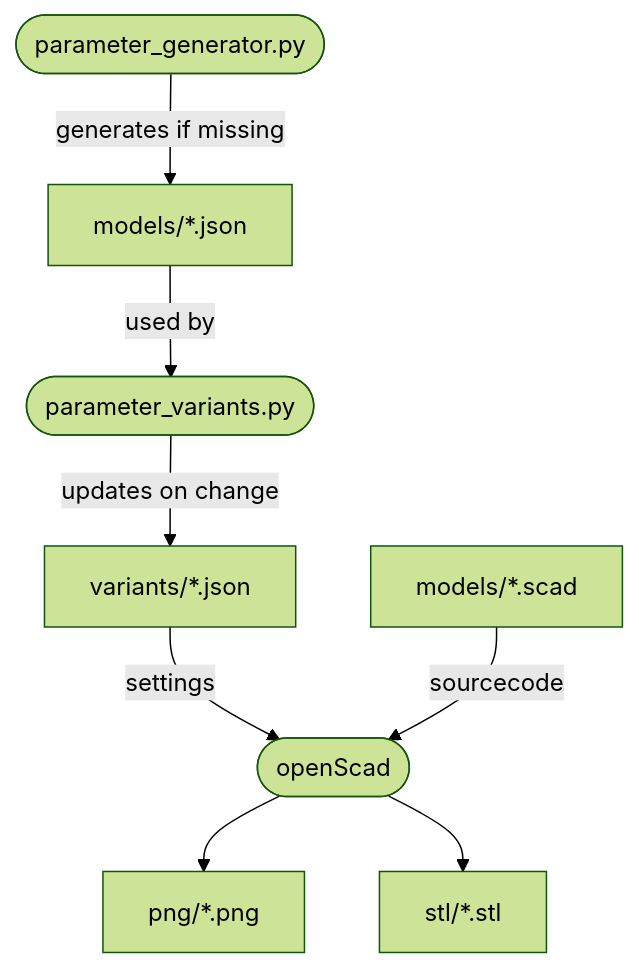
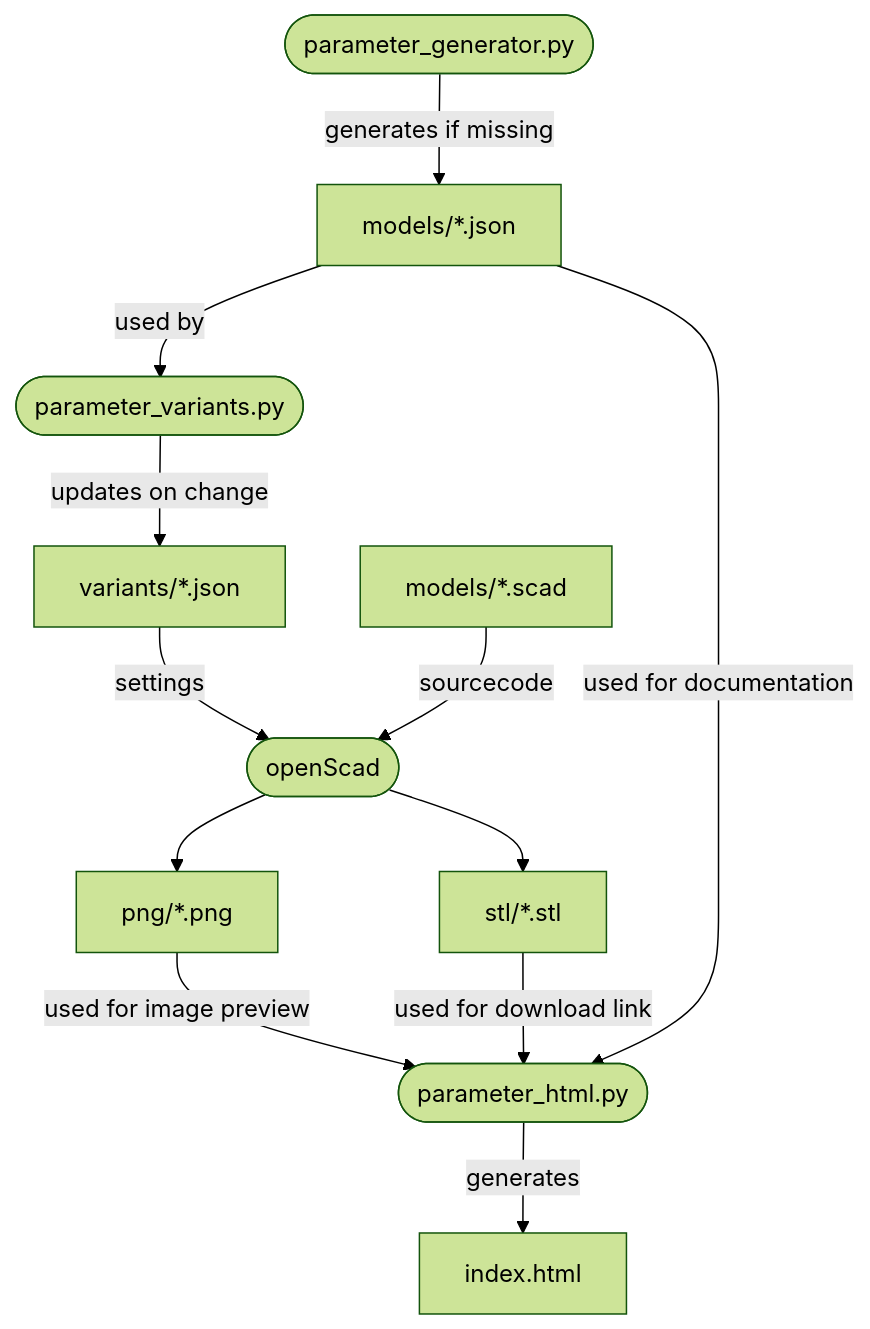
The diagram in README.md (mofosyne/openscad-makefile), drawn with Mermaid (forest theme) before and after one commit. The commit also changed 4 other files, not shown here.

````diff
--- a/README.md
+++ b/README.md
@@ -31,13 +31,16 @@
 ```mermaid
 graph TD
     paramGen(["parameter_generator.py"])     -- generates if missing  --> paramSettings
     paramSettings["models/*.json"]           -- used by    --> paramVariants
     paramVariants(["parameter_variants.py"]) -- updates on change  --> variants
     variants["variants/*.json"]              -- settings   --> scadGen
     sourcecode["models/*.scad"]              -- sourcecode --> scadGen
     scadGen(["openScad"])
     scadGen                                  --> png
     scadGen                                  --> stl
-    png["png/*.png"];
-    stl["stl/*.stl"];
+    png["png/*.png"]                         -- used for image preview --> paramHTML
+    stl["stl/*.stl"]                         -- used for download link --> paramHTML
+    paramSettings                            -- used for documentation --> paramHTML
+    paramHTML(["parameter_html.py"])         -- generates  --> html
+    html["index.html"]
 ```
````
